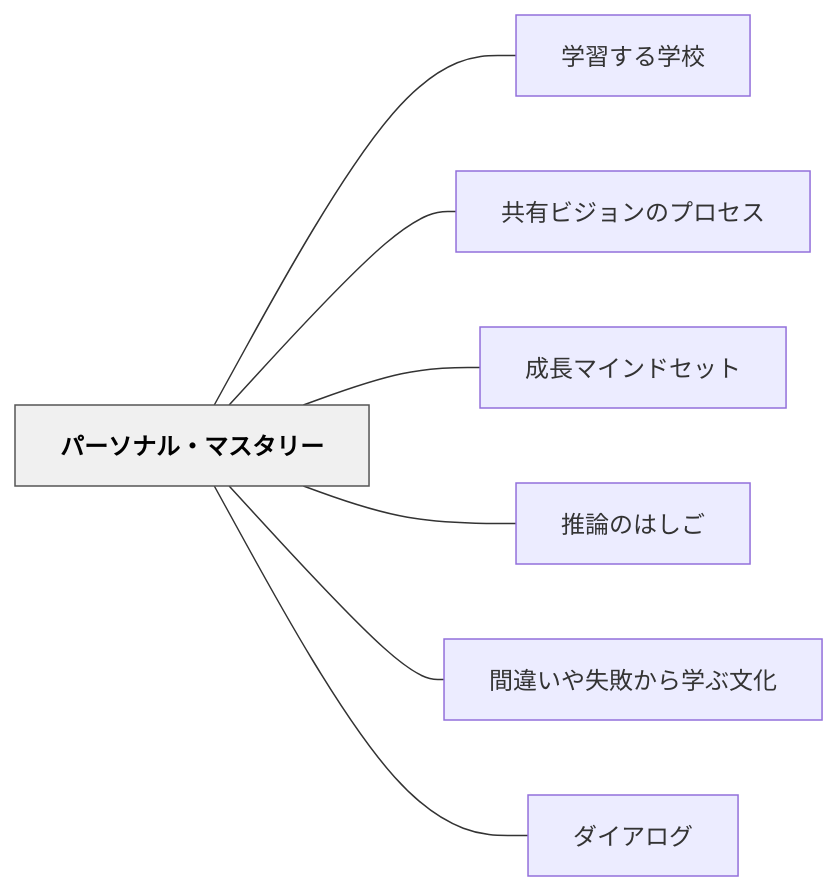
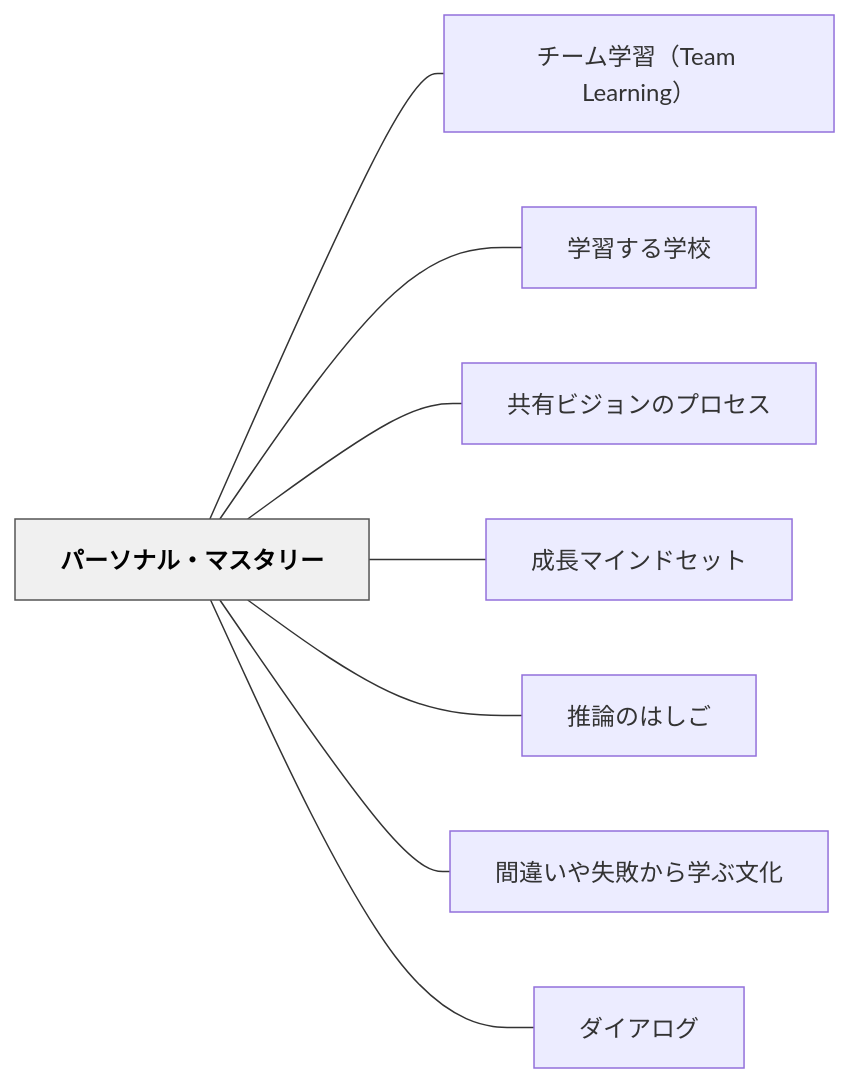
The diagram in content/パタン/パーソナル・マスタリー.md (unknownthings-ed-patterns/unknownthings-ed-patterns), drawn with Mermaid before and after one commit. The commit also changed other lines of this file and 473 other files, not shown here.

````diff
--- a/content/パタン/パーソナル・マスタリー.md
+++ b/content/パタン/パーソナル・マスタリー.md
@@ -133,20 +134,22 @@
 ```mermaid
 flowchart LR
     ne38391e383bc["パーソナル・マスタリー"]
+    ne38381e383bc["チーム学習（Team Learning）"]
     ne5ada6e7bf92["学習する学校"]
     ne585b1e69c89["共有ビジョンのプロセス"]
     ne68890e995b7["成長マインドセット"]
     ne68ea8e8ab96["推論のはしご"]
     ne99693e98195["間違いや失敗から学ぶ文化"]
     ne38380e382a4["ダイアログ"]
 
+    ne38391e383bc --- ne38381e383bc
     ne38391e383bc --- ne5ada6e7bf92
     ne38391e383bc --- ne585b1e69c89
     ne38391e383bc --- ne68890e995b7
     ne38391e383bc --- ne68ea8e8ab96
     ne38391e383bc --- ne99693e98195
     ne38391e383bc --- ne38380e382a4
 
     classDef hub fill:#f0f0f0,stroke:#555,color:#000,font-weight:bold
     class ne38391e383bc hub
 ```
````
